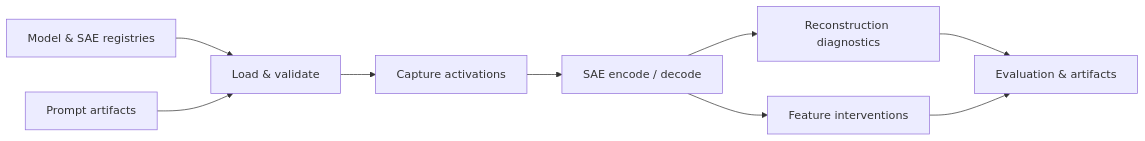
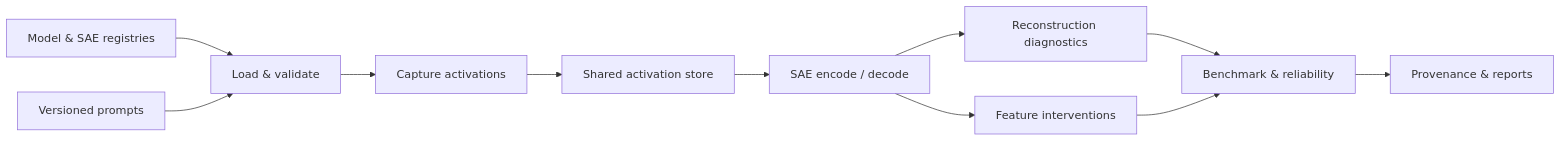
The diagram in README.md (OpenSAE/SAEBase), drawn with Mermaid before and after one commit. The commit also changed other lines of this file and 1 other file, not shown here.

````diff
--- a/README.md
+++ b/README.md
@@ -20,11 +20,13 @@
 ```mermaid
 flowchart LR
     A["Model & SAE registries"] --> C["Load & validate"]
-    B["Prompt artifacts"] --> C
+    B["Versioned prompts"] --> C
     C --> D["Capture activations"]
-    D --> E["SAE encode / decode"]
-    E --> F["Reconstruction diagnostics"]
-    E --> G["Feature interventions"]
-    F --> H["Evaluation & artifacts"]
-    G --> H
+    D --> E["Shared activation store"]
+    E --> F["SAE encode / decode"]
+    F --> G["Reconstruction diagnostics"]
+    F --> H["Feature interventions"]
+    G --> I["Benchmark & reliability"]
+    H --> I
+    I --> J["Provenance & reports"]
 ```
````
